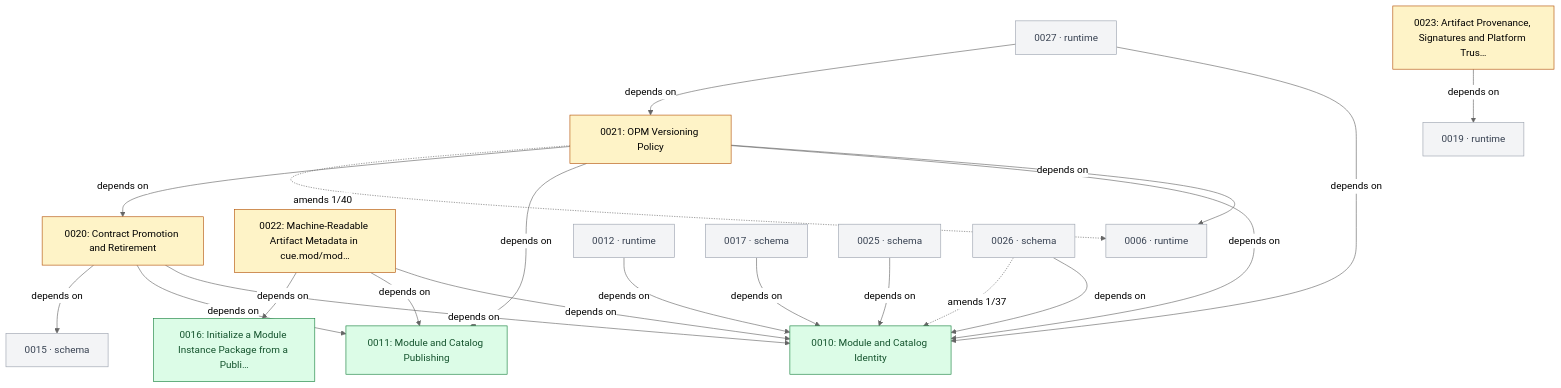
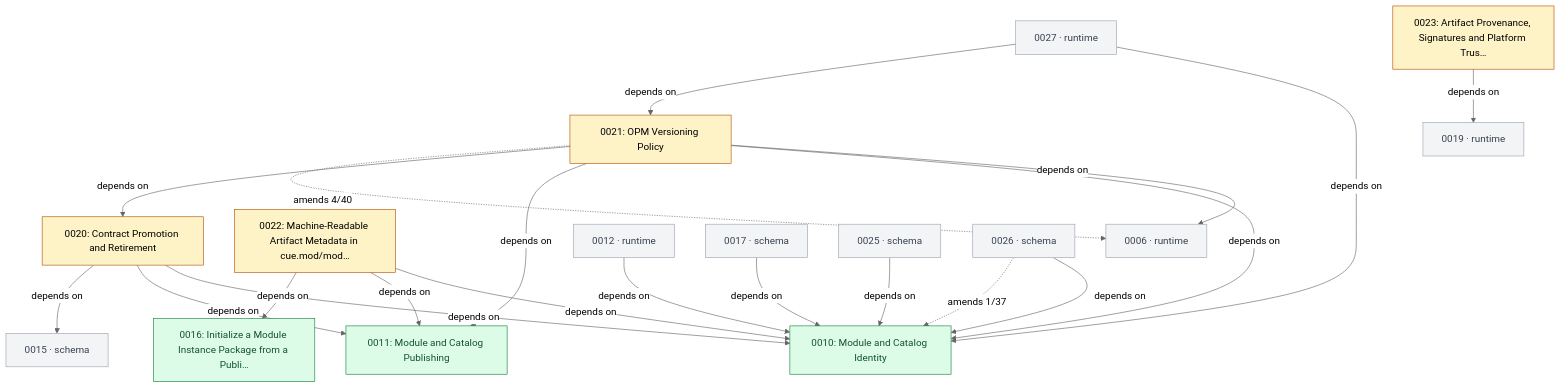
The fourth of 6 diagrams in GRAPH.md (open-platform-model/enhancements), drawn with Mermaid (neutral theme) before and after one commit. The commit also changed other lines of this file and 4 other files, not shown here.

````diff
--- a/GRAPH.md
+++ b/GRAPH.md
@@ -147,47 +147,47 @@
 ```mermaid
 graph TD
   classDef draft       fill:#fef3c7,stroke:#b45309,color:#000
   classDef accepted    fill:#dbeafe,stroke:#1d4ed8,color:#000
   classDef rejected    fill:#fee2e2,stroke:#b91c1c,color:#7f1d1d,stroke-dasharray:4 2
   classDef superseded  fill:#e5e7eb,stroke:#6b7280,color:#6b7280
   classDef delivered   fill:#dcfce7,stroke:#15803d,color:#14532d
   classDef legacy      fill:#fafafa,stroke:#9ca3af,color:#6b7280,stroke-dasharray:3 3
   classDef stub        fill:#f3f4f6,stroke:#9ca3af,color:#374151
   classDef category    fill:#ede9fe,stroke:#6d28d9,color:#000
 
   N0010["0010: Module and Catalog Identity"]:::delivered
   N0011["0011: Module and Catalog Publishing"]:::delivered
   N0016["0016: Initialize a Module Instance Package from a Publi…"]:::delivered
   N0020["0020: Contract Promotion and Retirement"]:::draft
   N0021["0021: OPM Versioning Policy"]:::draft
   N0022["0022: Machine-Readable Artifact Metadata in cue.mod/mod…"]:::draft
   N0023["0023: Artifact Provenance, Signatures and Platform Trus…"]:::draft
   N0006["0006 · runtime"]:::stub
   N0012["0012 · runtime"]:::stub
   N0015["0015 · schema"]:::stub
   N0017["0017 · schema"]:::stub
   N0019["0019 · runtime"]:::stub
   N0025["0025 · schema"]:::stub
   N0026["0026 · schema"]:::stub
   N0027["0027 · runtime"]:::stub
 
   N0012 -->|depends on| N0010
   N0017 -->|depends on| N0010
   N0020 -->|depends on| N0010
   N0020 -->|depends on| N0011
   N0020 -->|depends on| N0015
   N0021 -->|depends on| N0006
   N0021 -->|depends on| N0010
   N0021 -->|depends on| N0011
   N0021 -->|depends on| N0020
   N0022 -->|depends on| N0010
   N0022 -->|depends on| N0011
   N0022 -->|depends on| N0016
   N0023 -->|depends on| N0019
   N0025 -->|depends on| N0010
   N0026 -->|depends on| N0010
   N0027 -->|depends on| N0010
   N0027 -->|depends on| N0021
-  N0021 -.->|amends 1/40| N0006
+  N0021 -.->|amends 4/40| N0006
   N0026 -.->|amends 1/37| N0010
 ```
````
